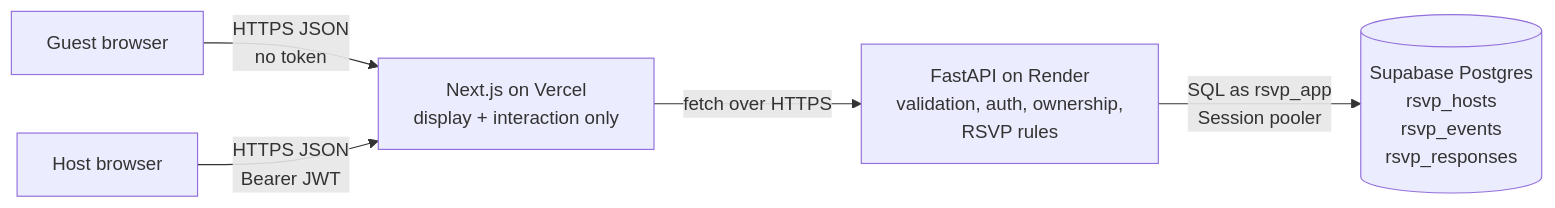
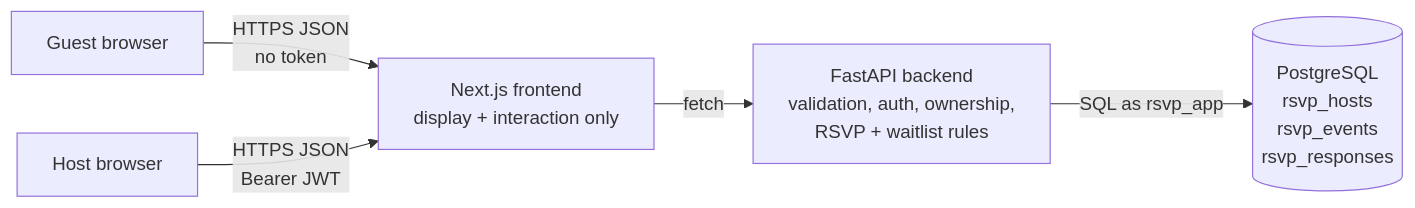
The diagram in README.md (quantamsage/gatherly), drawn with Mermaid before and after one commit. The commit also changed other lines of this file and 6 other files, not shown here.

````diff
--- a/README.md
+++ b/README.md
@@ -43,7 +46,7 @@
 ```mermaid
 flowchart LR
     G[Guest browser] -->|HTTPS JSON<br/>no token| FE
     H[Host browser] -->|HTTPS JSON<br/>Bearer JWT| FE
-    FE[Next.js on Vercel<br/>display + interaction only] -->|fetch over HTTPS| API
-    API[FastAPI on Render<br/>validation, auth, ownership,<br/>RSVP rules] -->|SQL as rsvp_app<br/>Session pooler| DB[(Supabase Postgres<br/>rsvp_hosts<br/>rsvp_events<br/>rsvp_responses)]
+    FE[Next.js frontend<br/>display + interaction only] -->|fetch| API
+    API[FastAPI backend<br/>validation, auth, ownership,<br/>RSVP + waitlist rules] -->|SQL as rsvp_app| DB[(PostgreSQL<br/>rsvp_hosts<br/>rsvp_events<br/>rsvp_responses)]
 ```
````
